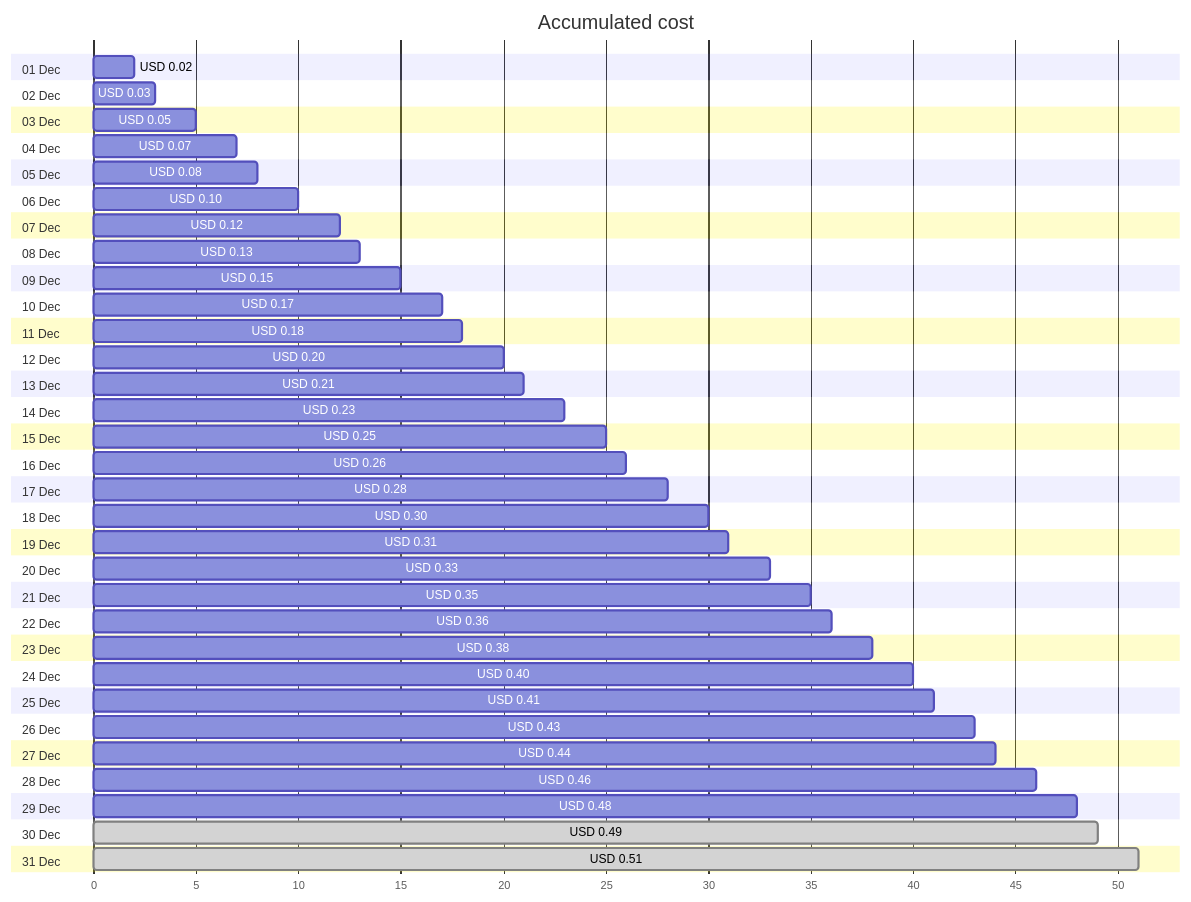
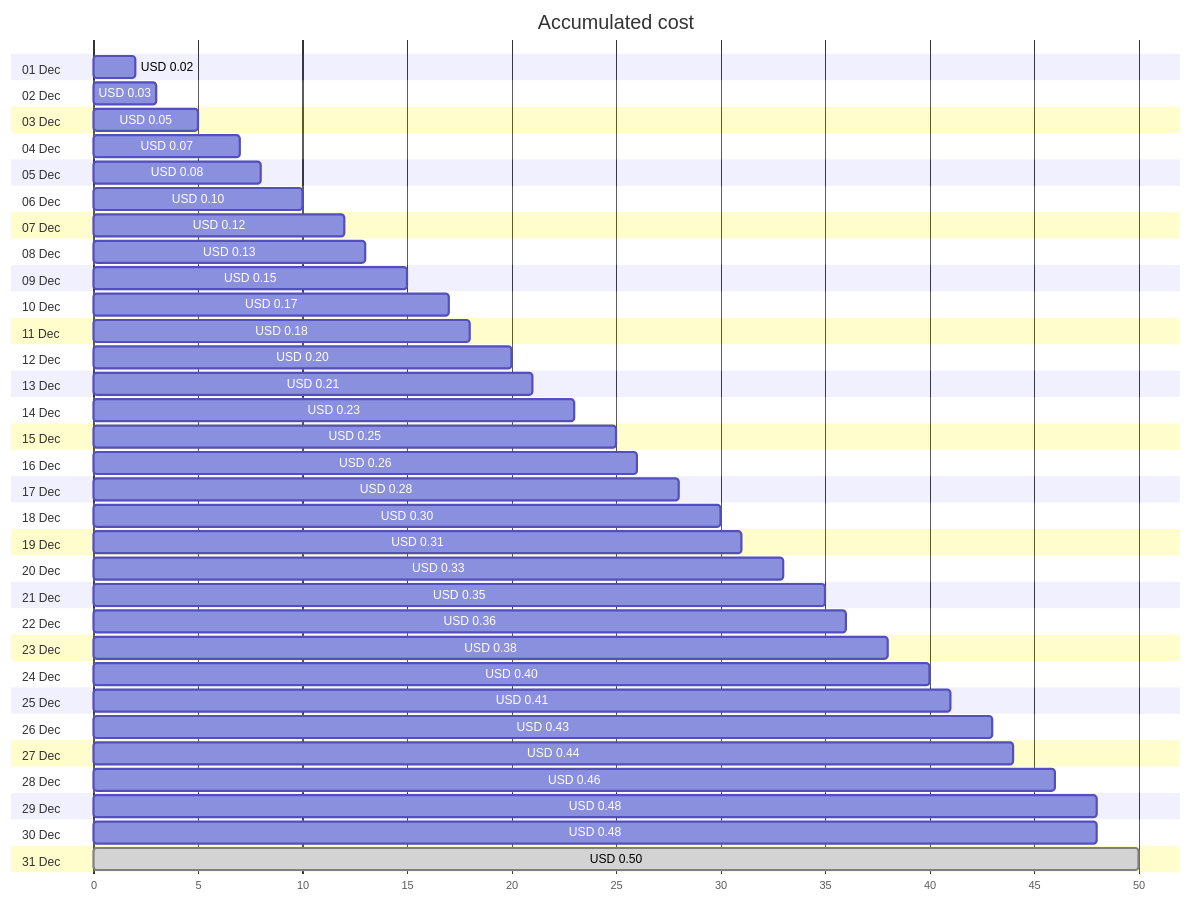
Before and after one commit to jpfulton/azure-personal-reports: the first of 4 diagrams in cost-reports/personal-dns/jpatrickfulton.dev.md, drawn with Mermaid. The commit also changed other lines of this file and 2 other files, not shown here.

````diff
--- a/cost-reports/personal-dns/jpatrickfulton.dev.md
+++ b/cost-reports/personal-dns/jpatrickfulton.dev.md
@@ -20,68 +20,68 @@
 ```mermaid
 gantt
    title Accumulated cost
    dateFormat  X
    axisFormat %s
    section 01 Dec
    USD 0.02 :0, 2
    section 02 Dec
    USD 0.03 :0, 3
    section 03 Dec
    USD 0.05 :0, 5
    section 04 Dec
    USD 0.07 :0, 7
    section 05 Dec
    USD 0.08 :0, 8
    section 06 Dec
    USD 0.10 :0, 10
    section 07 Dec
    USD 0.12 :0, 12
    section 08 Dec
    USD 0.13 :0, 13
    section 09 Dec
    USD 0.15 :0, 15
    section 10 Dec
    USD 0.17 :0, 17
    section 11 Dec
    USD 0.18 :0, 18
    section 12 Dec
    USD 0.20 :0, 20
    section 13 Dec
    USD 0.21 :0, 21
    section 14 Dec
    USD 0.23 :0, 23
    section 15 Dec
    USD 0.25 :0, 25
    section 16 Dec
    USD 0.26 :0, 26
    section 17 Dec
    USD 0.28 :0, 28
    section 18 Dec
    USD 0.30 :0, 30
    section 19 Dec
    USD 0.31 :0, 31
    section 20 Dec
    USD 0.33 :0, 33
    section 21 Dec
    USD 0.35 :0, 35
    section 22 Dec
    USD 0.36 :0, 36
    section 23 Dec
    USD 0.38 :0, 38
    section 24 Dec
    USD 0.40 :0, 40
    section 25 Dec
    USD 0.41 :0, 41
    section 26 Dec
    USD 0.43 :0, 43
    section 27 Dec
    USD 0.44 :0, 44
    section 28 Dec
    USD 0.46 :0, 46
    section 29 Dec
    USD 0.48 :0, 48
    section 30 Dec
-   USD 0.49 : done, 0, 49
+   USD 0.48 :0, 48
    section 31 Dec
-   USD 0.51 : done, 0, 51
+   USD 0.50 : done, 0, 50
 ```
````
